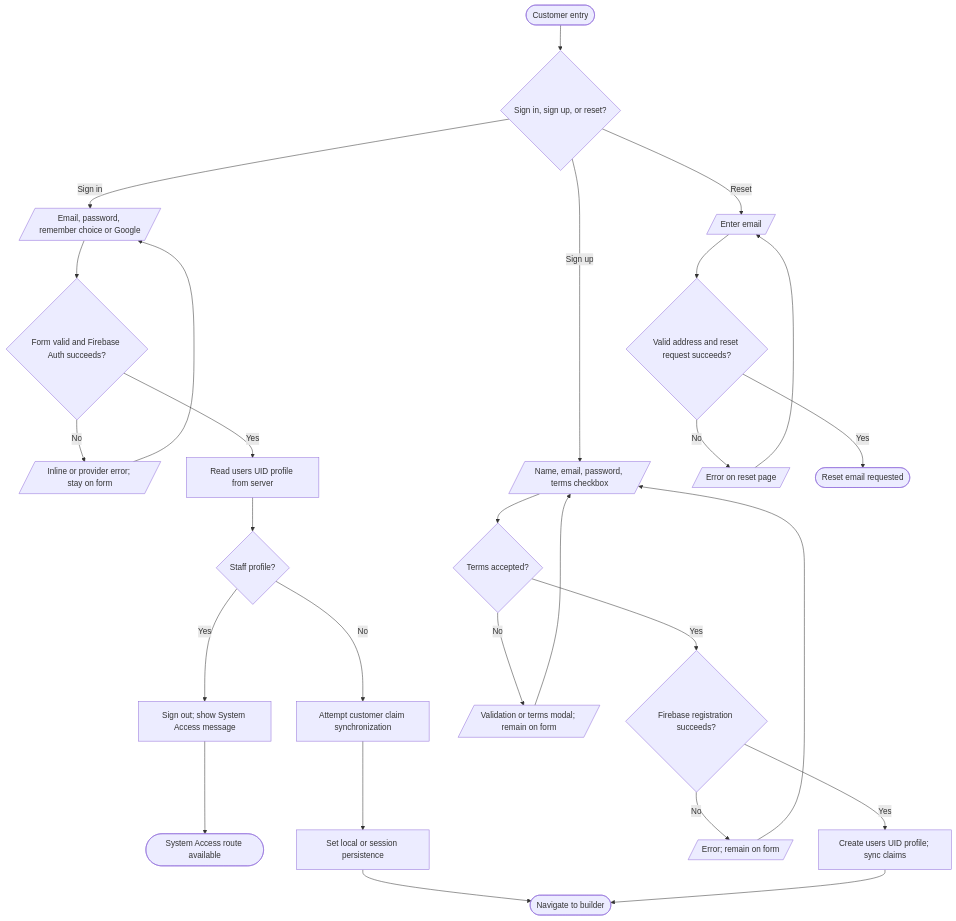
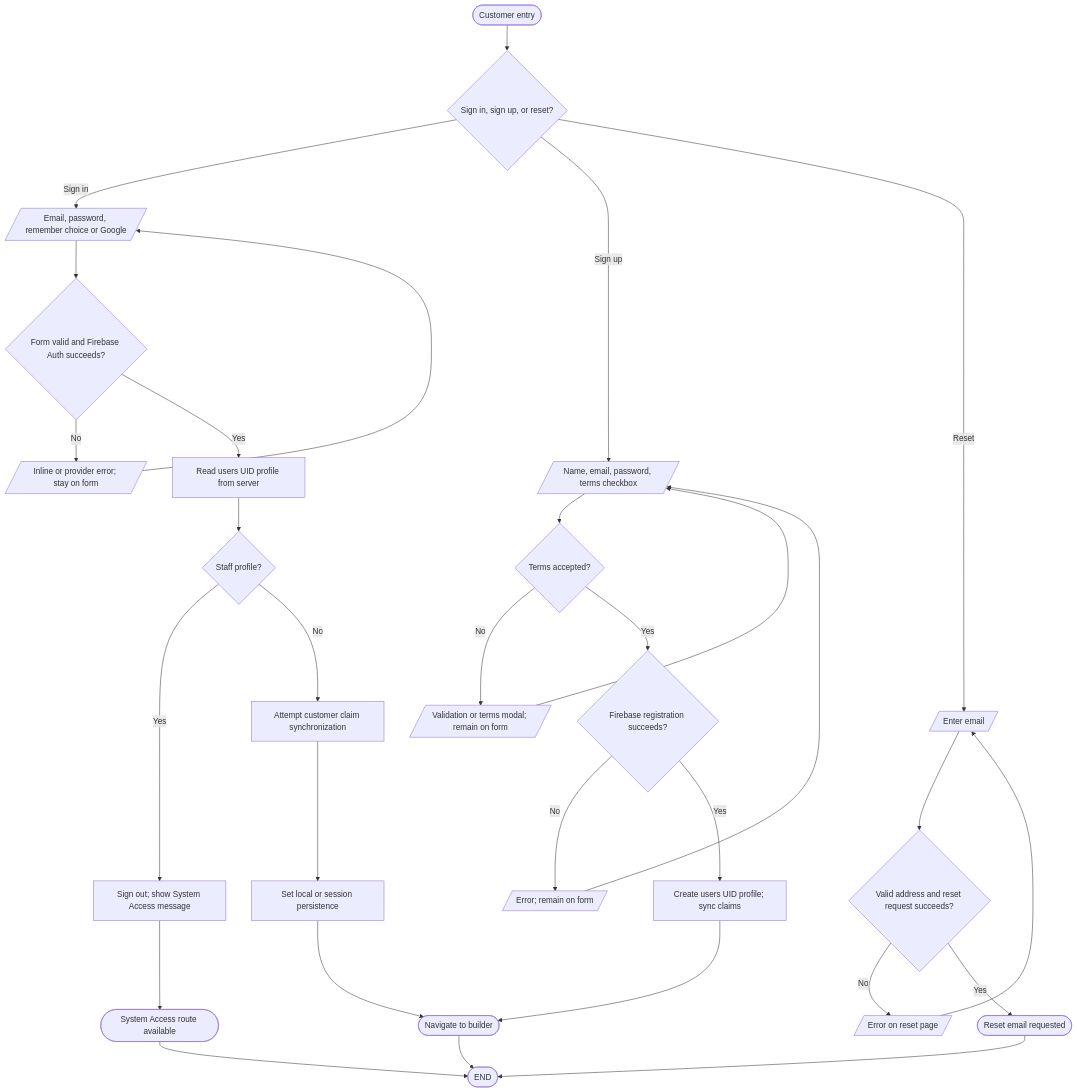
The first of 2 diagrams in docs/flowcharts/authentication-flowchart.md (VirgenRayzon/BuilbotAI), drawn with Mermaid before and after one commit. The commit also changed other lines of this file and 109 other files, not shown here.

Commit message:
feat(builder): add live recommendations, budget slider, and updated system flowcharts

````diff
--- a/docs/flowcharts/authentication-flowchart.md
+++ b/docs/flowcharts/authentication-flowchart.md
@@ -5,23 +9,26 @@
 ```mermaid
 flowchart TD
   Start([Customer entry]) --> Choice{Sign in, sign up, or reset?}
   Choice -- Sign in --> Input[/Email, password, remember choice or Google/]
   Input --> Valid{Form valid and Firebase Auth succeeds?}
   Valid -- No --> Error[/Inline or provider error; stay on form/] --> Input
   Valid -- Yes --> ServerProfile[Read users UID profile from server]
   ServerProfile --> Staff{Staff profile?}
   Staff -- Yes --> Reject[Sign out; show System Access message] --> StaffPage([System Access route available])
   Staff -- No --> Claims[Attempt customer claim synchronization]
   Claims --> Persist[Set local or session persistence]
   Persist --> Builder([Navigate to builder])
   Choice -- Sign up --> Terms[/Name, email, password, terms checkbox/]
   Terms --> TermsModal{Terms accepted?}
   TermsModal -- No --> Block[/Validation or terms modal; remain on form/] --> Terms
   TermsModal -- Yes --> Create{Firebase registration succeeds?}
   Create -- No --> SignupError[/Error; remain on form/] --> Terms
   Create -- Yes --> UserDoc[Create users UID profile; sync claims] --> Builder
   Choice -- Reset --> Reset[/Enter email/]
   Reset --> ResetValid{Valid address and reset request succeeds?}
   ResetValid -- No --> ResetError[/Error on reset page/] --> Reset
   ResetValid -- Yes --> ResetDone([Reset email requested])
+  StaffPage --> Finish([END])
+  Builder --> Finish
+  ResetDone --> Finish
 ```
````
